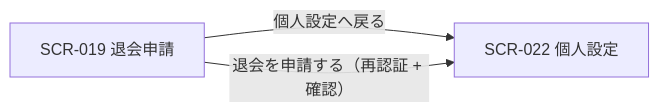
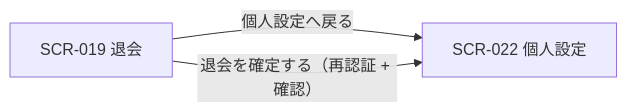
One commit to sikakou54/open-faq changed the diagram in 02_basic_design/01_frontend/01_screens/SCR-019.md. Above: the diagram before and after it, drawn with Mermaid. The commit also changed other lines of this file and 66 other files, not shown here.

````diff
--- a/02_basic_design/01_frontend/01_screens/SCR-019.md
+++ b/02_basic_design/01_frontend/01_screens/SCR-019.md
@@ -21,7 +24,7 @@
 ```mermaid
 flowchart LR
-  S1["SCR-019 退会申請"]
+  S1["SCR-019 退会"]
   S2["SCR-022 個人設定"]
   S1 -->|個人設定へ戻る| S2
-  S1 -->|退会を申請する（再認証 + 確認）| S2
+  S1 -->|退会を確定する（再認証 + 確認）| S2
 ```
````
